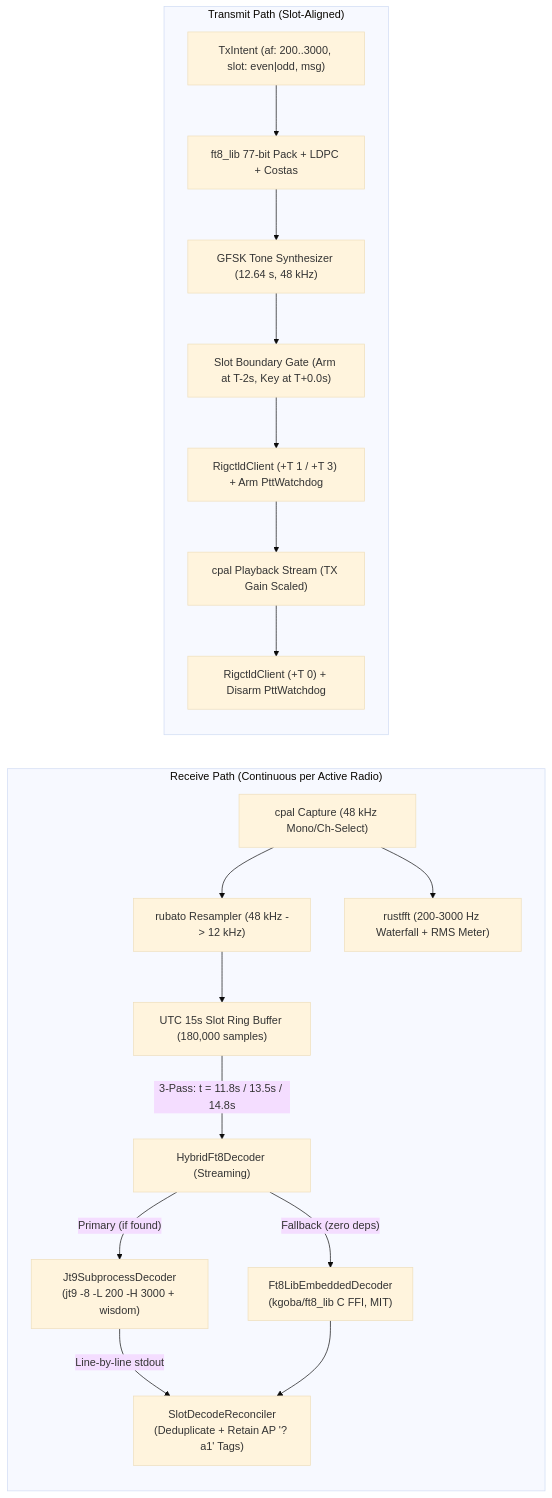
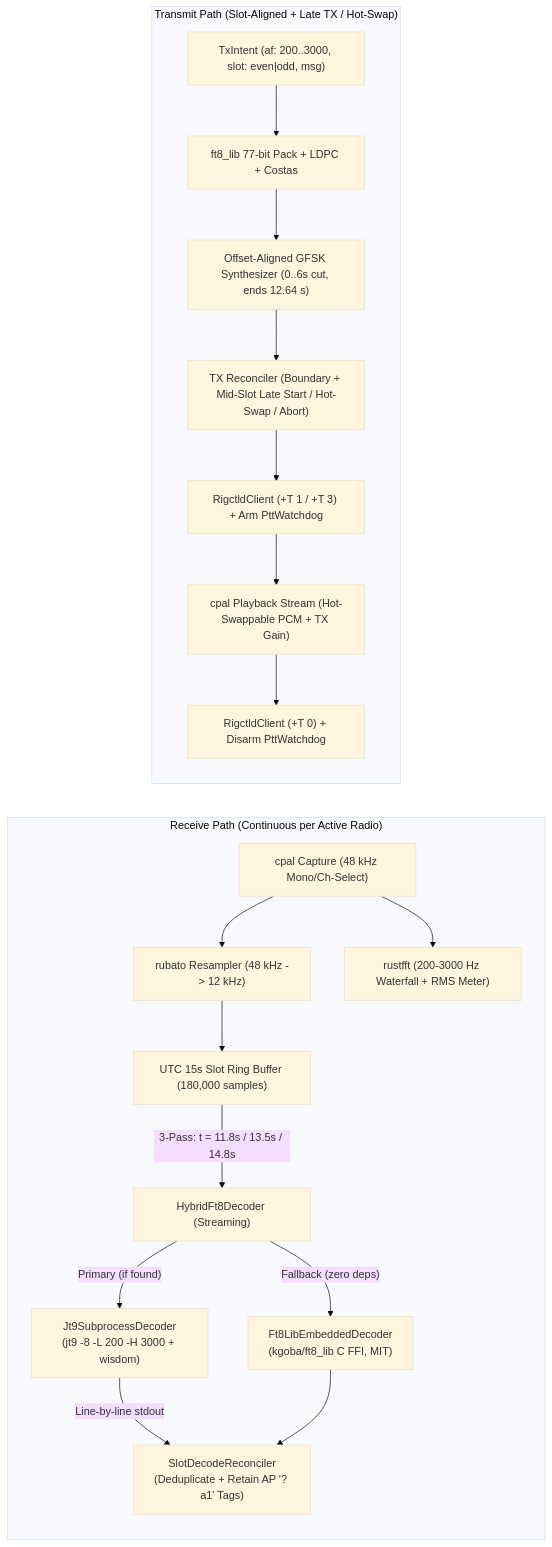
One commit to mpmbq2/digi-dx changed the third of 4 diagrams in docs/architecture.md. Above: the diagram before and after it, drawn with Mermaid (base theme). The commit also changed other lines of this file and 4 other files, not shown here.

Commit message:
feat(modem,audio,qso): support delayed FT8 TX initiation and mid-slot hot-swap/abort

````diff
--- a/docs/architecture.md
+++ b/docs/architecture.md
@@ -184,22 +184,22 @@
 ```mermaid
 flowchart LR
     subgraph RX["Receive Path (Continuous per Active Radio)"]
         Cap["cpal Capture (48 kHz Mono/Ch-Select)"] --> Resamp["rubato Resampler (48 kHz -> 12 kHz)"]
         Cap --> FFT["rustfft (200-3000 Hz Waterfall + RMS Meter)"]
         Resamp --> SlotBuf["UTC 15s Slot Ring Buffer (180,000 samples)"]
         SlotBuf -->|"3-Pass: t = 11.8s / 13.5s / 14.8s"| Trait["HybridFt8Decoder (Streaming)"]
         Trait -->|"Primary (if found)"| JT9Dec["Jt9SubprocessDecoder\n(jt9 -8 -L 200 -H 3000 + wisdom)"]
         Trait -->|"Fallback (zero deps)"| LibDec["Ft8LibEmbeddedDecoder\n(kgoba/ft8_lib C FFI, MIT)"]
         JT9Dec -->|"Line-by-line stdout"| Norm["SlotDecodeReconciler\n(Deduplicate + Retain AP '? a1' Tags)"]
         LibDec --> Norm
     end
 
-    subgraph TX["Transmit Path (Slot-Aligned)"]
+    subgraph TX["Transmit Path (Slot-Aligned + Late TX / Hot-Swap)"]
         Intent["TxIntent (af: 200..3000, slot: even|odd, msg)"] --> Pack["ft8_lib 77-bit Pack + LDPC + Costas"]
-        Pack --> Synth["GFSK Tone Synthesizer (12.64 s, 48 kHz)"]
-        Synth --> Gate["Slot Boundary Gate (Arm at T-2s, Key at T+0.0s)"]
+        Pack --> Synth["Offset-Aligned GFSK Synthesizer (0..6s cut, ends 12.64 s)"]
+        Synth --> Gate["TX Reconciler (Boundary + Mid-Slot Late Start / Hot-Swap / Abort)"]
         Gate --> Key["RigctldClient (+T 1 / +T 3) + Arm PttWatchdog"]
-        Key --> Play["cpal Playback Stream (TX Gain Scaled)"]
+        Key --> Play["cpal Playback Stream (Hot-Swappable PCM + TX Gain)"]
         Play --> Unkey["RigctldClient (+T 0) + Disarm PttWatchdog"]
     end
 ```
````
